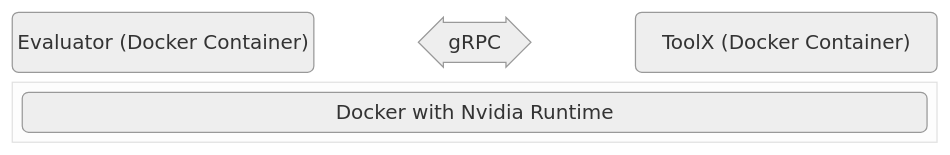
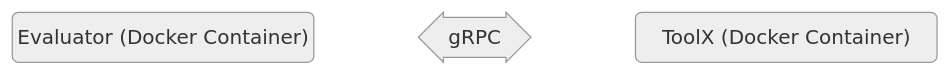
The first of 2 diagrams in competitions/2026.md (christianbirchler-org/sdc-testing-competition), drawn with Mermaid (neutral theme) before and after one commit.

Commit message:
remove docker runtime

````diff
--- a/competitions/2026.md
+++ b/competitions/2026.md
@@ -81,11 +81,7 @@
 ```mermaid
 block-beta
   columns 3
   d("Evaluator (Docker Container)"):1
   blockArrowId5<["gRPC"]>(x)
   g("ToolX (Docker Container)"):1
-  block:group3:3
-    docker("Docker with Nvidia Runtime")
-  end
-
 ```
````
